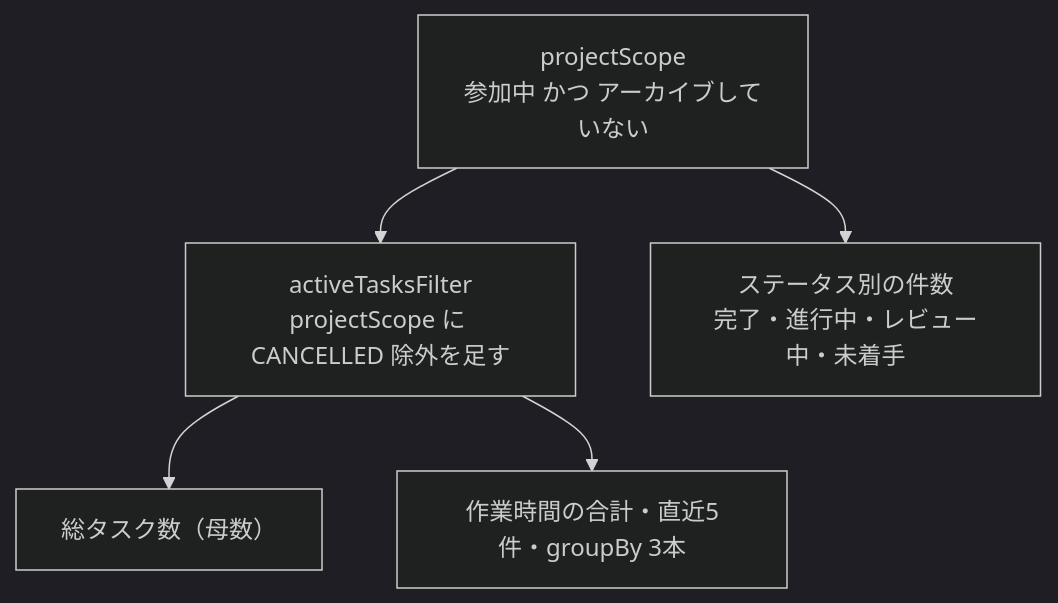
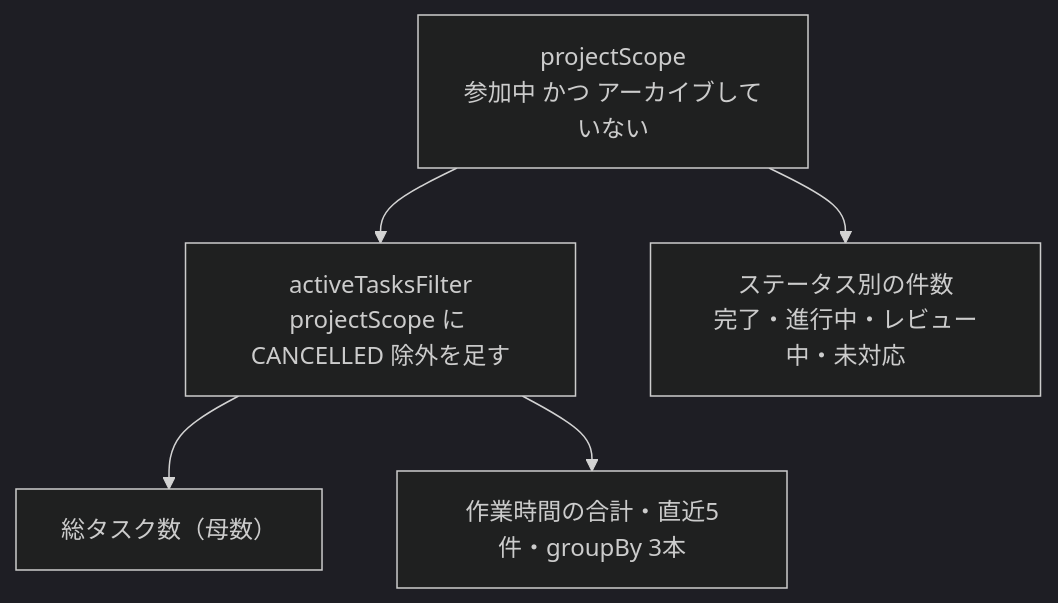
Before and after one commit to kouiso/task-app: the second of 2 diagrams in material/30days-curriculum/day21_統計カードを表示.md, drawn with Mermaid (dark theme). The commit also changed other lines of this file and 26 other files, not shown here.

````diff
--- a/material/30days-curriculum/day21_統計カードを表示.md
+++ b/material/30days-curriculum/day21_統計カードを表示.md
@@ -176,8 +176,8 @@
 ```mermaid
 flowchart TB
     P["projectScope<br/>参加中 かつ アーカイブしていない"]
     P --> A["activeTasksFilter<br/>projectScope に CANCELLED 除外を足す"]
-    P --> S["ステータス別の件数<br/>完了・進行中・レビュー中・未着手"]
+    P --> S["ステータス別の件数<br/>完了・進行中・レビュー中・未対応"]
     A --> TT["総タスク数（母数）"]
     A --> G["作業時間の合計・直近5件・groupBy 3本"]
 ```
````
